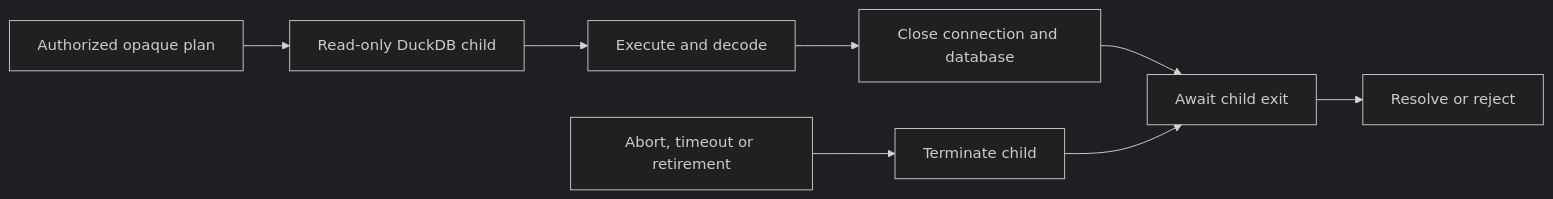
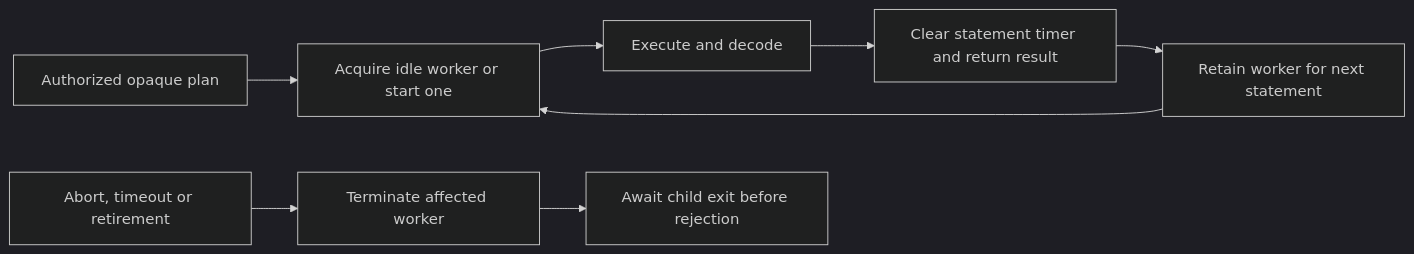
The diagram in connectors/duckdb/README.md (relatehq/relate), drawn with Mermaid (dark theme) before and after one commit. The commit also changed other lines of this file and 22 other files, not shown here.

````diff
--- a/connectors/duckdb/README.md
+++ b/connectors/duckdb/README.md
@@ -68,10 +69,10 @@
 ```mermaid
 flowchart LR
-  Plan[Authorized opaque plan] --> Child[Read-only DuckDB child]
-  Child --> Execute[Execute and decode]
-  Execute --> Close[Close connection and database]
-  Close --> Exit[Await child exit]
-  Cancel[Abort, timeout or retirement] --> Kill[Terminate child]
-  Kill --> Exit
-  Exit --> Settle[Resolve or reject]
+  Plan[Authorized opaque plan] --> Pool[Acquire idle worker or start one]
+  Pool --> Execute[Execute and decode]
+  Execute --> Result[Clear statement timer and return result]
+  Result --> Idle[Retain worker for next statement]
+  Idle --> Pool
+  Cancel[Abort, timeout or retirement] --> Kill[Terminate affected worker]
+  Kill --> Exit[Await child exit before rejection]
 ```
````
